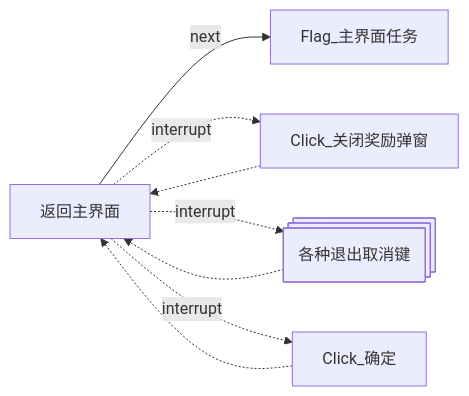
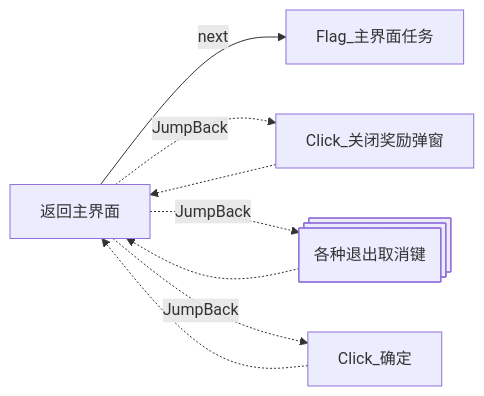
Before and after one commit to Coxwtwo/MaaTOT: the third of 40 diagrams in docs/zh_cn/develop/Pipeline说明.md, drawn with Mermaid. The commit also changed other lines of this file, not shown here.

Commit message:
docs: 完善 Pipeline 说明，新增未名市移动、未名市周任务文档，interrupt→JumpBack(MaaFramework v5.1 起已废弃 interrupt 字段）

````diff
--- a/docs/zh_cn/develop/Pipeline说明.md
+++ b/docs/zh_cn/develop/Pipeline说明.md
@@ -117,10 +117,10 @@
 ```mermaid
 flowchart LR
     n0["返回主界面"] -->|next| n1["Flag_主界面任务"]
-    n0 -.->|interrupt| n2["Click_关闭奖励弹窗"]
+    n0 -.->|JumpBack| n2["Click_关闭奖励弹窗"]
     n2 -.-> n0
-    n0 -.->|interrupt| n3@{ shape: processes, label: "各种退出取消键"}
+    n0 -.->|JumpBack| n3@{ shape: processes, label: "各种退出取消键"}
     n3 -.-> n0
-    n0 -.->|interrupt| n4["Click_确定"]
+    n0 -.->|JumpBack| n4["Click_确定"]
     n4 -.-> n0
 ```
````
